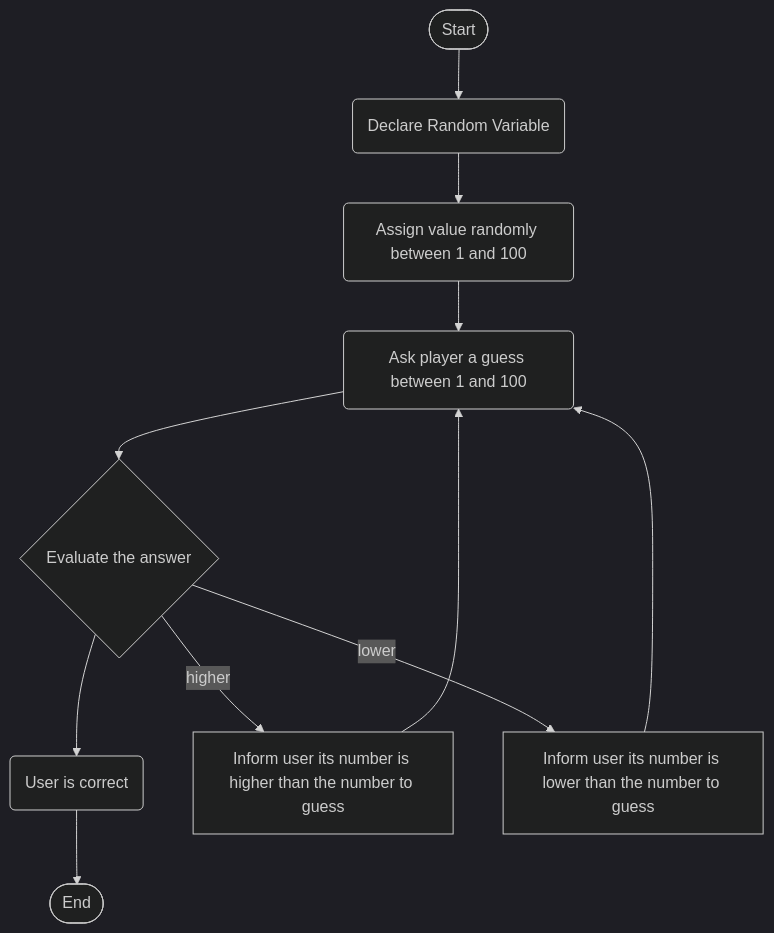
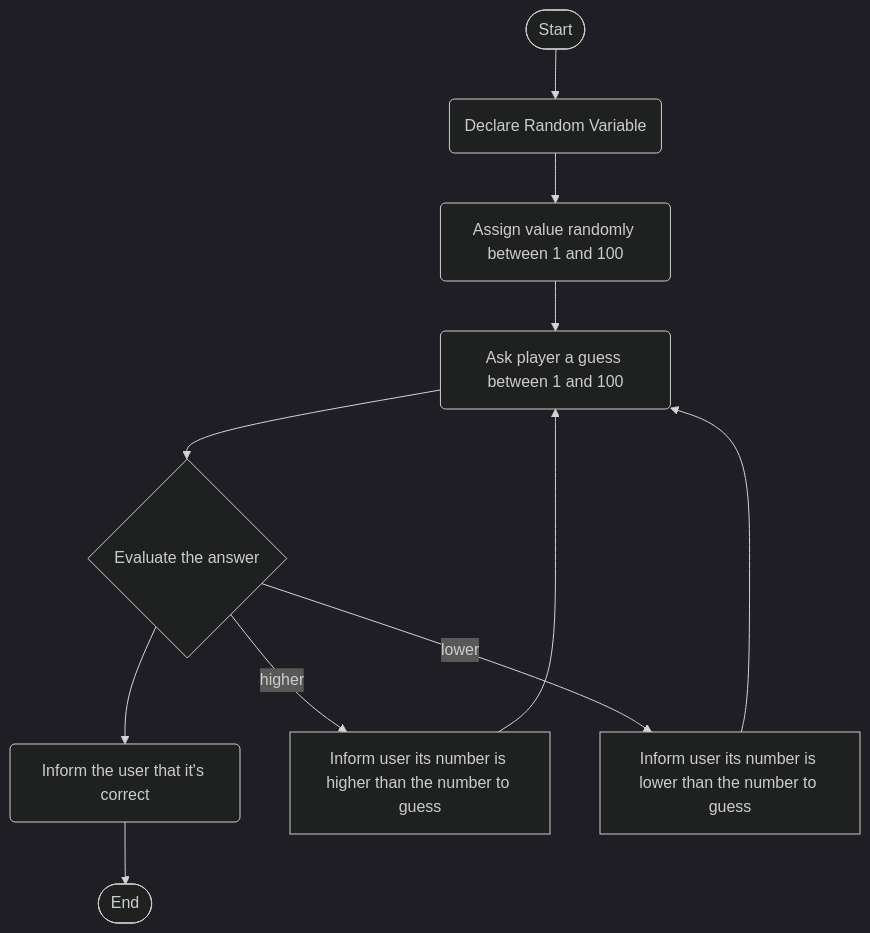
One commit to juansagarra/juansagarra.github.io changed the diagram in Guessing.md. Above: the diagram before and after it, drawn with Mermaid (dark theme).

````diff
--- a/Guessing.md
+++ b/Guessing.md
@@ -1,16 +1,16 @@
 ```mermaid
 flowchart TD
 
 
 
- Start([Start]) --> A(Declare Random Variable) --> B(Assign value randomly between 1 and 100) --> C(Ask player a guess between 1 and 100) --> Evaluation{Evaluate the answer} --> D(User is correct) --> End([End])
+ Start([Start]) --> A(Declare Random Variable) --> B(Assign value randomly between 1 and 100) --> C(Ask player a guess between 1 and 100) --> Evaluation{Evaluate the answer} --> D(Inform the user that it's correct) --> End([End])
 
 Evaluation --> |higher| E[Inform user its number is higher than the number to guess]
 Evaluation --> |lower| F[Inform user its number is lower than the number to guess]
 
 E --> C
 F --> C
 
 
 
 ```
````
